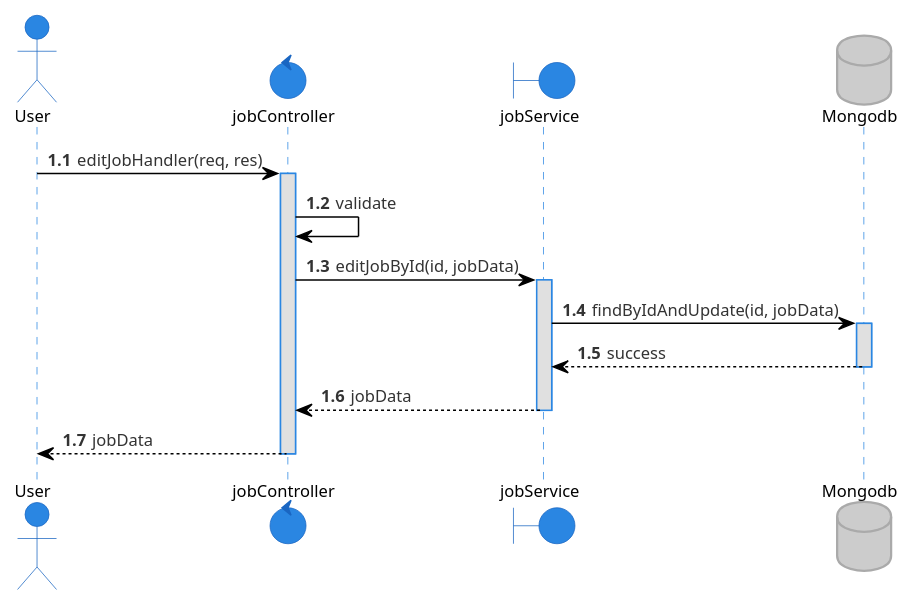
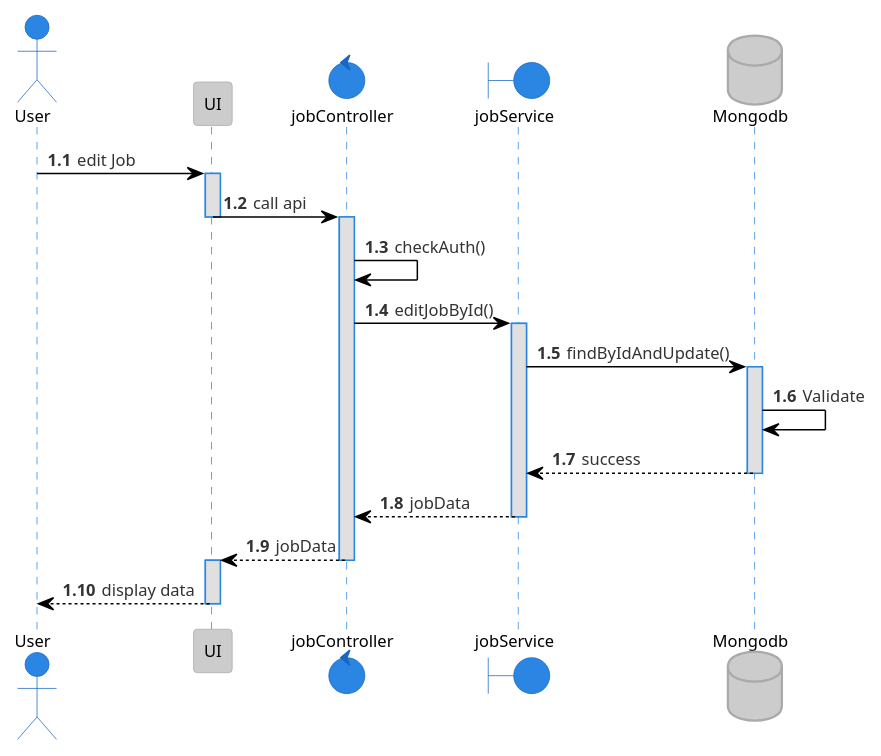
Before and after one commit to tuannm99/RMS: the diagram in plantuml/sequence/job/editJob.puml, drawn with PlantUML. The commit also changed 9 other files, not shown here.

Commit message:
fix - sequence diagram job and user

```diff
--- a/plantuml/sequence/job/editJob.puml
+++ b/plantuml/sequence/job/editJob.puml
@@ -1,24 +1,32 @@
 @startuml editJob
 !theme reddress-lightblue
 
 autonumber 1.1
 actor User
+participant UI
 control  jobController
 boundary jobService
 database Mongodb
 
-User -> jobController: editJobHandler(req, res)
+User -> UI: edit Job
+activate UI
+UI -> jobController: call api
+deactivate UI
 activate jobController
-jobController -> jobController: validate
-jobController -> jobService: editJobById(id, jobData)
+jobController -> jobController: checkAuth()
+jobController -> jobService: editJobById()
 activate jobService
-jobService -> Mongodb: findByIdAndUpdate(id, jobData)
+jobService -> Mongodb: findByIdAndUpdate()
 activate Mongodb
+Mongodb -> Mongodb: Validate
 Mongodb --> jobService: success
 deactivate Mongodb
 jobService --> jobController: jobData
 deactivate jobService
-jobController --> User: jobData
+jobController --> UI: jobData
 deactivate jobController
+activate UI
+UI --> User: display data
+deactivate UI
 
 @enduml
```
